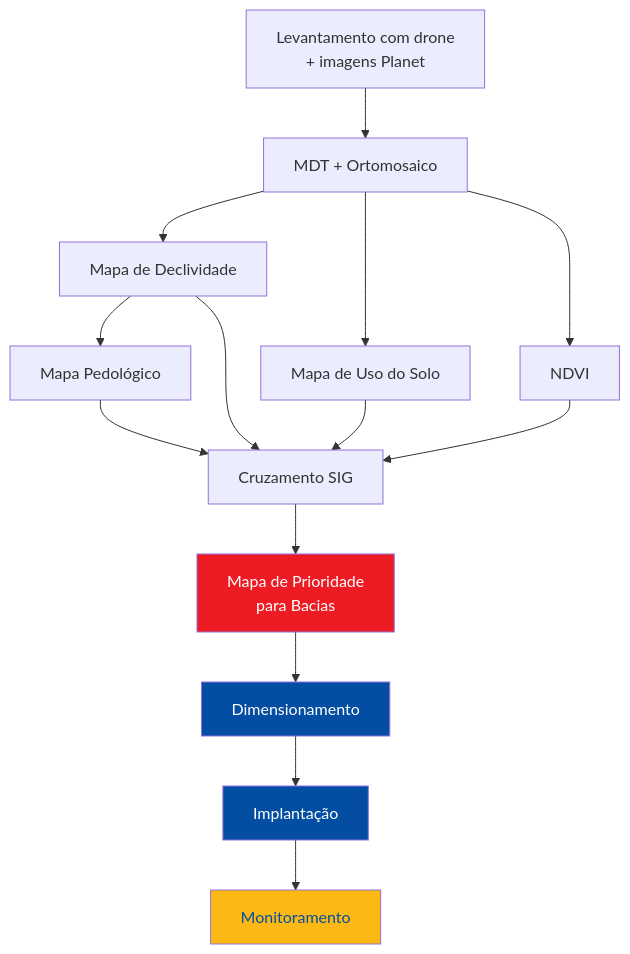
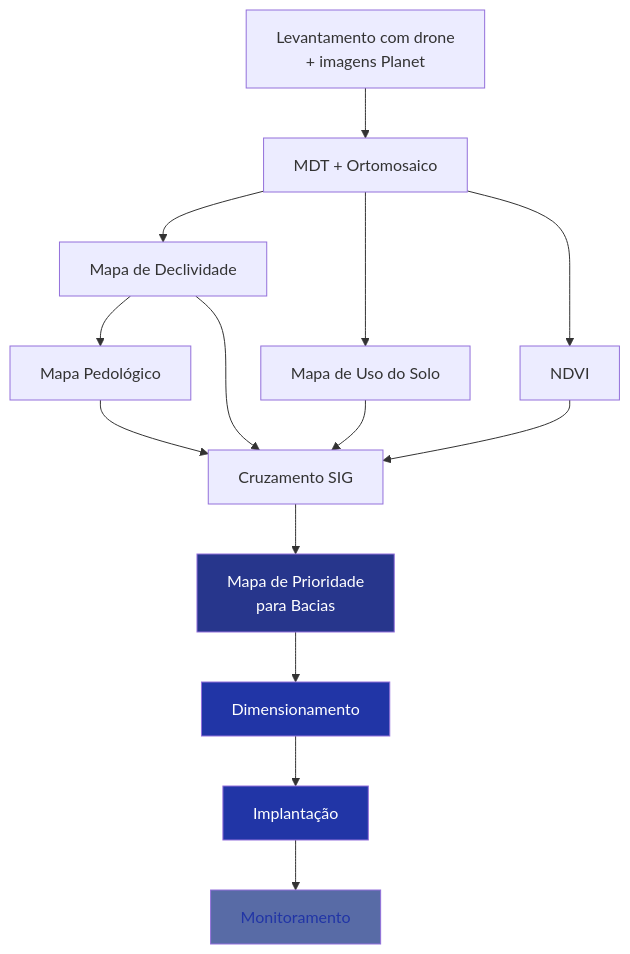
Before and after one commit to ldvsantos/cv: the fourth of 4 diagrams in aulas/bioengenharia_de_solos/aulas/bacias_captacao/bacias_captacao.qmd, drawn with Mermaid. The commit also changed other lines of this file and 466 other files, not shown here.

````diff
--- a/aulas/bioengenharia_de_solos/aulas/bacias_captacao/bacias_captacao.qmd
+++ b/aulas/bioengenharia_de_solos/aulas/bacias_captacao/bacias_captacao.qmd
@@ -1268,22 +1266,22 @@
 ```{mermaid}
 %%| fig-width: 5.5
 flowchart TD
     A[Levantamento com drone<br>+ imagens Planet] --> B[MDT + Ortomosaico]
     B --> C[Mapa de Declividade]
     B --> D[Mapa de Uso do Solo]
     B --> E[NDVI]
     C --> F[Mapa Pedológico]
     C --> G[Cruzamento SIG]
     D --> G
     E --> G
     F --> G
     G --> H[Mapa de Prioridade<br>para Bacias]
     H --> I[Dimensionamento]
     I --> J[Implantação]
     J --> K[Monitoramento]
     
-    style H fill:#ED1C24,color:#fff
-    style I fill:#034EA2,color:#fff
-    style J fill:#034EA2,color:#fff
-    style K fill:#FDB913,color:#034EA2
+    style H fill:#27368C,color:#fff
+    style I fill:#2135A6,color:#fff
+    style J fill:#2135A6,color:#fff
+    style K fill:#586BA6,color:#2135A6
 ```
````
